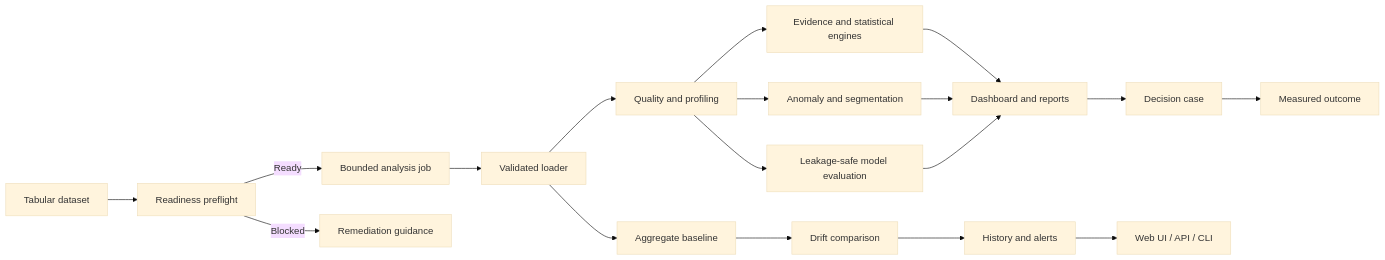
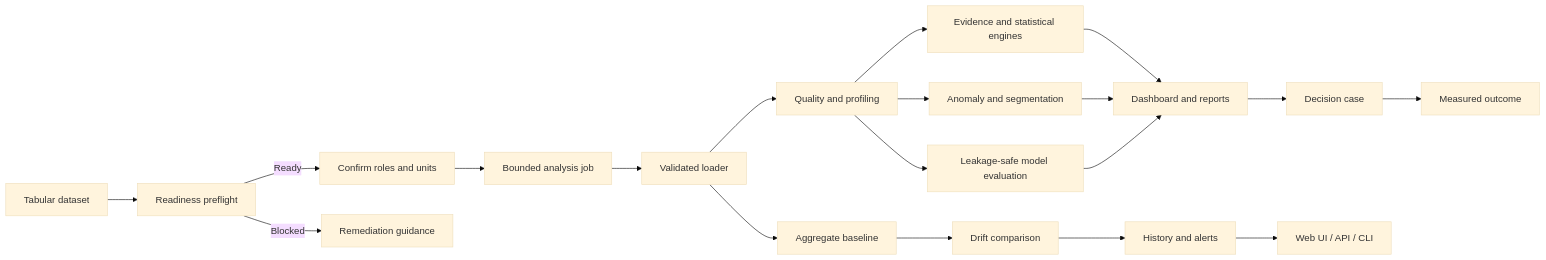
Before and after one commit to NikitaMarshchonok/data-prism: the diagram in README.md, drawn with Mermaid (base theme). The commit also changed other lines of this file and 20 other files, not shown here.

````diff
--- a/README.md
+++ b/README.md
@@ -34,20 +35,21 @@
 ```mermaid
 flowchart LR
     A[Tabular dataset] --> P[Readiness preflight]
-    P -->|Ready| Q[Bounded analysis job]
+    P -->|Ready| S[Confirm roles and units]
     P -->|Blocked| X[Remediation guidance]
+    S --> Q[Bounded analysis job]
     Q --> B[Validated loader]
     B --> C[Quality and profiling]
     C --> D[Evidence and statistical engines]
     C --> E[Anomaly and segmentation]
     C --> F[Leakage-safe model evaluation]
     D --> G[Dashboard and reports]
     E --> G
     F --> G
     G --> L[Decision case]
     L --> M[Measured outcome]
     B --> H[Aggregate baseline]
     H --> I[Drift comparison]
     I --> J[History and alerts]
     J --> K[Web UI / API / CLI]
 ```
````
